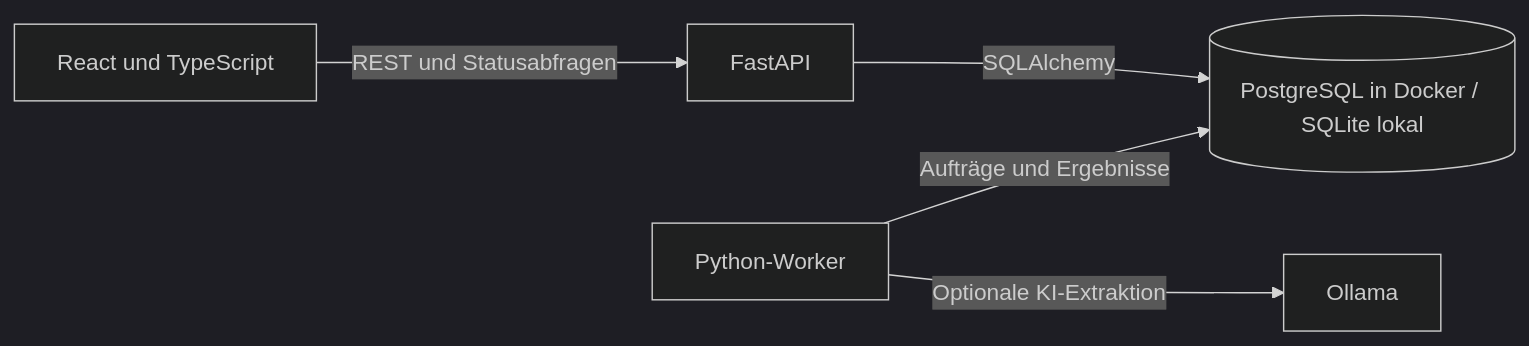
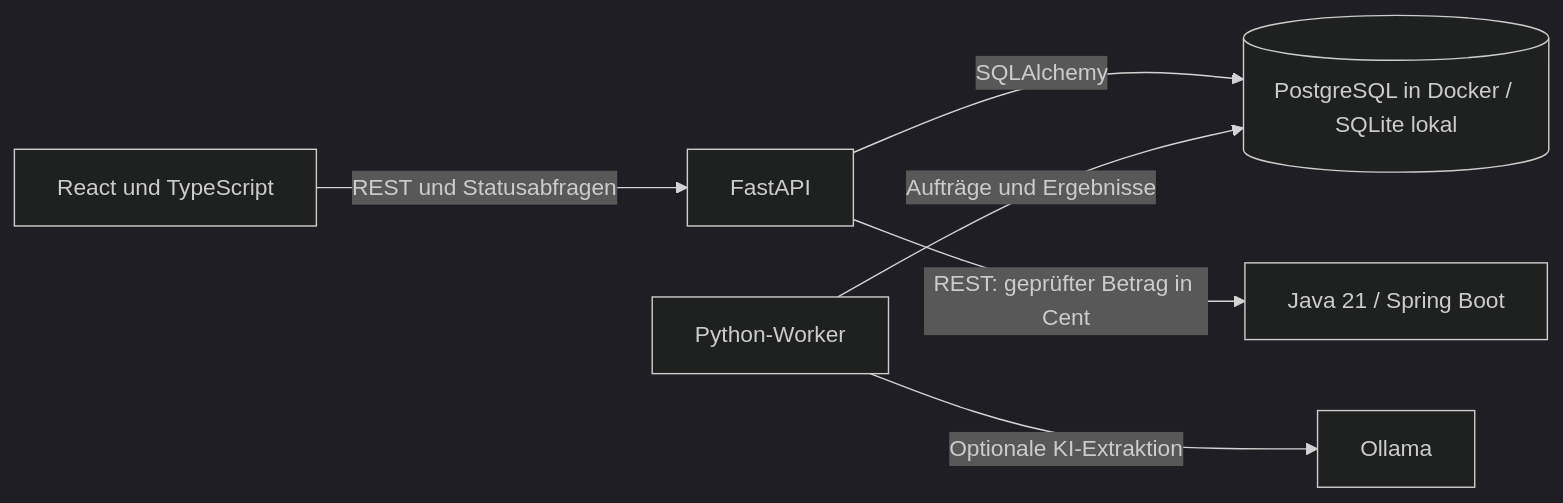
Before and after one commit to ridalo99/ai-workflow-platform: the diagram in README.md, drawn with Mermaid (dark theme). The commit also changed other lines of this file and 15 other files, not shown here.

Commit message:
Add Spring Boot approval policy service

````diff
--- a/README.md
+++ b/README.md
@@ -27,7 +27,8 @@
 ```mermaid
 flowchart LR
     UI["React und TypeScript"] -->|REST und Statusabfragen| API["FastAPI"]
     API -->|SQLAlchemy| DB[("PostgreSQL in Docker / SQLite lokal")]
     Worker["Python-Worker"] -->|Aufträge und Ergebnisse| DB
     Worker -->|Optionale KI-Extraktion| Ollama["Ollama"]
+    API -->|REST: geprüfter Betrag in Cent| Approval["Java 21 / Spring Boot"]
 ```
````
